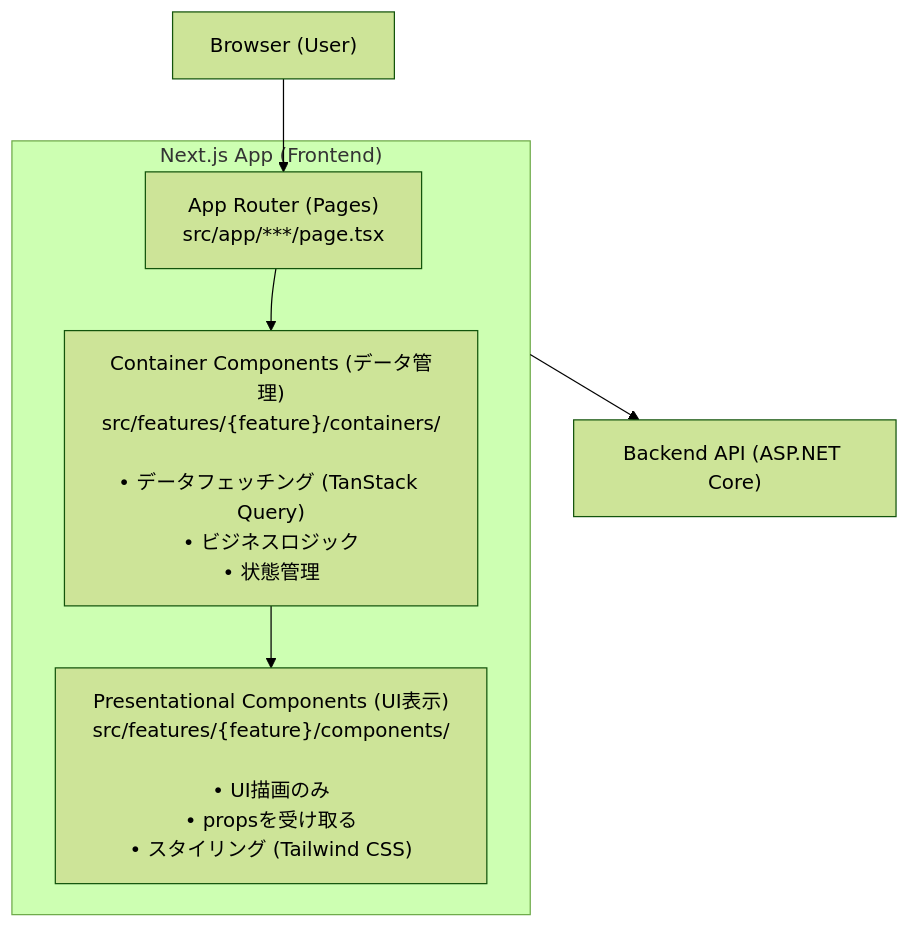
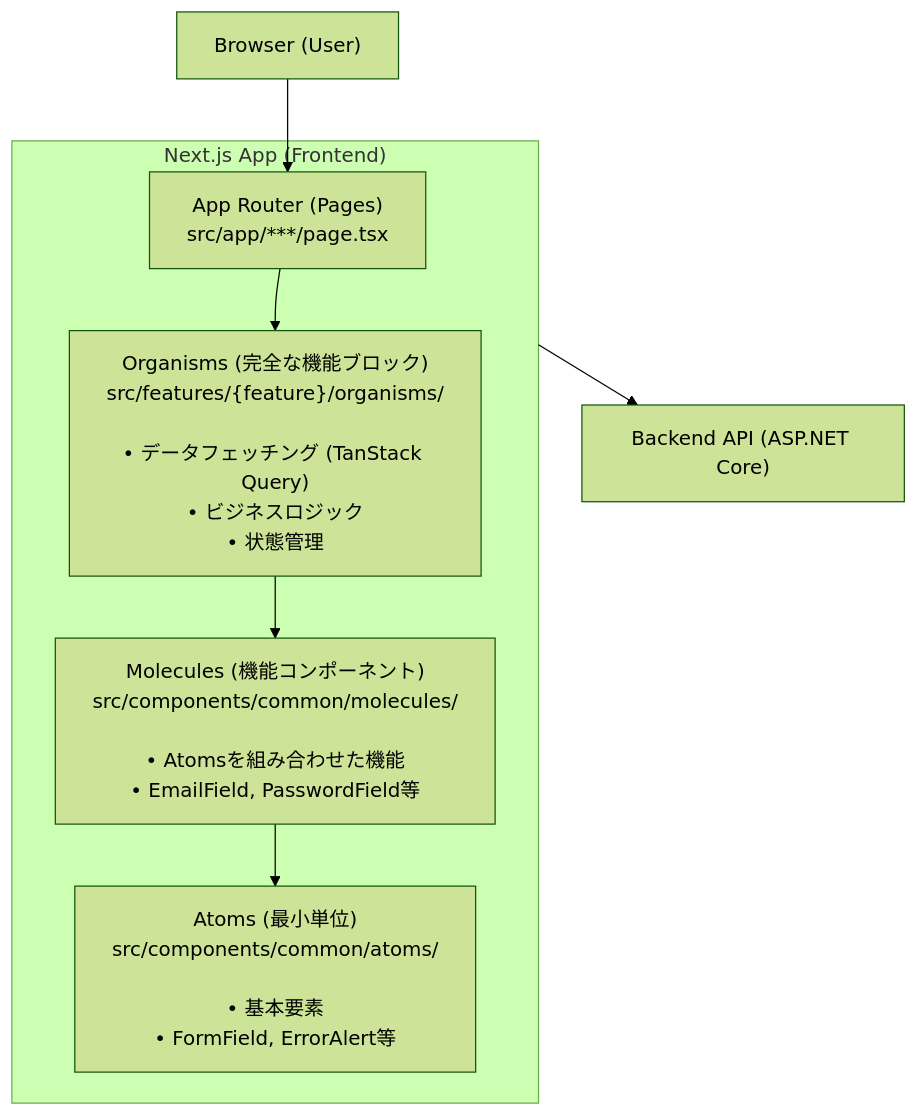
One commit to doguto/nari-note changed the first of 7 diagrams in nari-note-frontend/docs/frontend-architecture-diagram.md. Above: the diagram before and after it, drawn with Mermaid (forest theme). The commit also changed other lines of this file and 13 other files, not shown here.

Commit message:
Docs: バックエンドdocsをDocumentsにリネーム、copilot指示とアーキテクチャ図を更新

````diff
--- a/nari-note-frontend/docs/frontend-architecture-diagram.md
+++ b/nari-note-frontend/docs/frontend-architecture-diagram.md
@@ -9,17 +11,19 @@
 ```mermaid
 graph TB
     Browser["Browser (User)"]
     
     subgraph Frontend["Next.js App (Frontend)"]
         Pages["App Router (Pages)<br/>src/app/***/page.tsx"]
-        Container["Container Components (データ管理)<br/>src/features/{feature}/containers/<br/><br/>• データフェッチング (TanStack Query)<br/>• ビジネスロジック<br/>• 状態管理"]
-        Presentational["Presentational Components (UI表示)<br/>src/features/{feature}/components/<br/><br/>• UI描画のみ<br/>• propsを受け取る<br/>• スタイリング (Tailwind CSS)"]
+        Organisms["Organisms (完全な機能ブロック)<br/>src/features/{feature}/organisms/<br/><br/>• データフェッチング (TanStack Query)<br/>• ビジネスロジック<br/>• 状態管理"]
+        Molecules["Molecules (機能コンポーネント)<br/>src/components/common/molecules/<br/><br/>• Atomsを組み合わせた機能<br/>• EmailField, PasswordField等"]
+        Atoms["Atoms (最小単位)<br/>src/components/common/atoms/<br/><br/>• 基本要素<br/>• FormField, ErrorAlert等"]
     end
     
     Backend["Backend API (ASP.NET Core)"]
     
     Browser --> Pages
-    Pages --> Container
-    Container --> Presentational
+    Pages --> Organisms
+    Organisms --> Molecules
+    Molecules --> Atoms
     Frontend --> Backend
 ```
````
